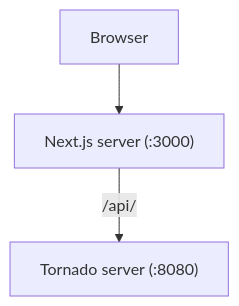
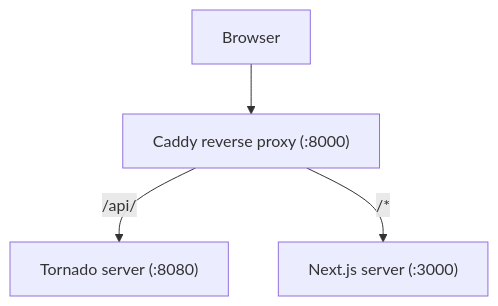
Before and after one commit to ymyzk/mypy-playground: the first of 2 diagrams in app/README.md, drawn with Mermaid. The commit also changed 3 other files, not shown here.

Commit message:
Introduce Caddy as reverse proxy for local development

````diff
--- a/app/README.md
+++ b/app/README.md
@@ -6,8 +6,10 @@
 ```mermaid
 graph TD
+    Caddy["Caddy reverse proxy (:8000)"]
     Next["Next.js server (:3000)"]
     Tornado["Tornado server (:8080)"]
 
-    Browser --> Next
-    Next -->|/api/| Tornado
+    Browser --> Caddy
+    Caddy -->|/api/| Tornado
+    Caddy -->|/*| Next
 ```
````
